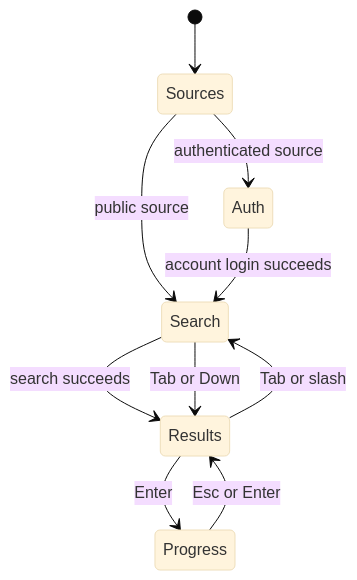
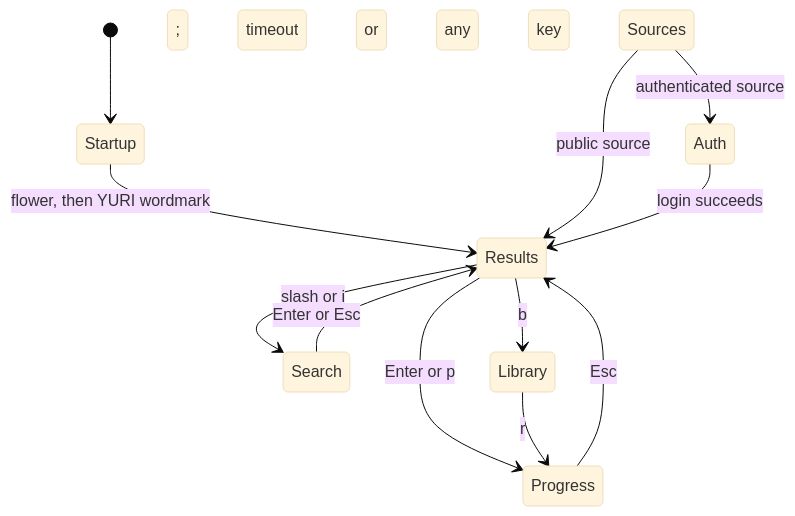
Before and after one commit to Eurekaimer/yuri_scraper: the second of 2 diagrams in ARCHITECTURE.md, drawn with Mermaid (base theme). The commit also changed other lines of this file and 56 other files, not shown here.

````diff
--- a/ARCHITECTURE.md
+++ b/ARCHITECTURE.md
@@ -94,12 +141,14 @@
 ```mermaid
 stateDiagram-v2
-    [*] --> Sources
+    [*] --> Startup
+    Startup --> Results: flower, then YURI wordmark; timeout or any key
     Sources --> Auth: authenticated source
-    Sources --> Search: public source
-    Auth --> Search: account login succeeds
-    Search --> Results: search succeeds
-    Results --> Progress: Enter
-    Progress --> Results: Esc or Enter
-    Results --> Search: Tab or slash
-    Search --> Results: Tab or Down
+    Sources --> Results: public source
+    Auth --> Results: login succeeds
+    Results --> Search: slash or i
+    Search --> Results: Enter or Esc
+    Results --> Progress: Enter or p
+    Progress --> Results: Esc
+    Results --> Library: b
+    Library --> Progress: r
 ```
````
